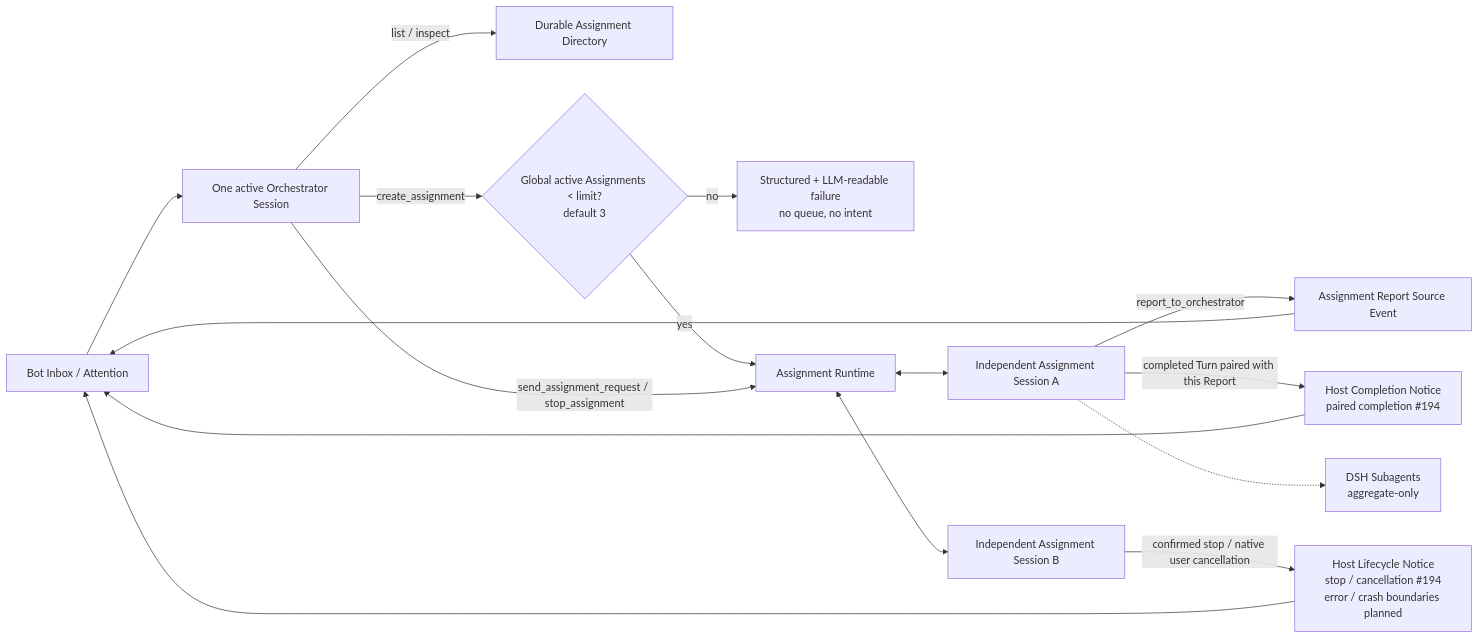
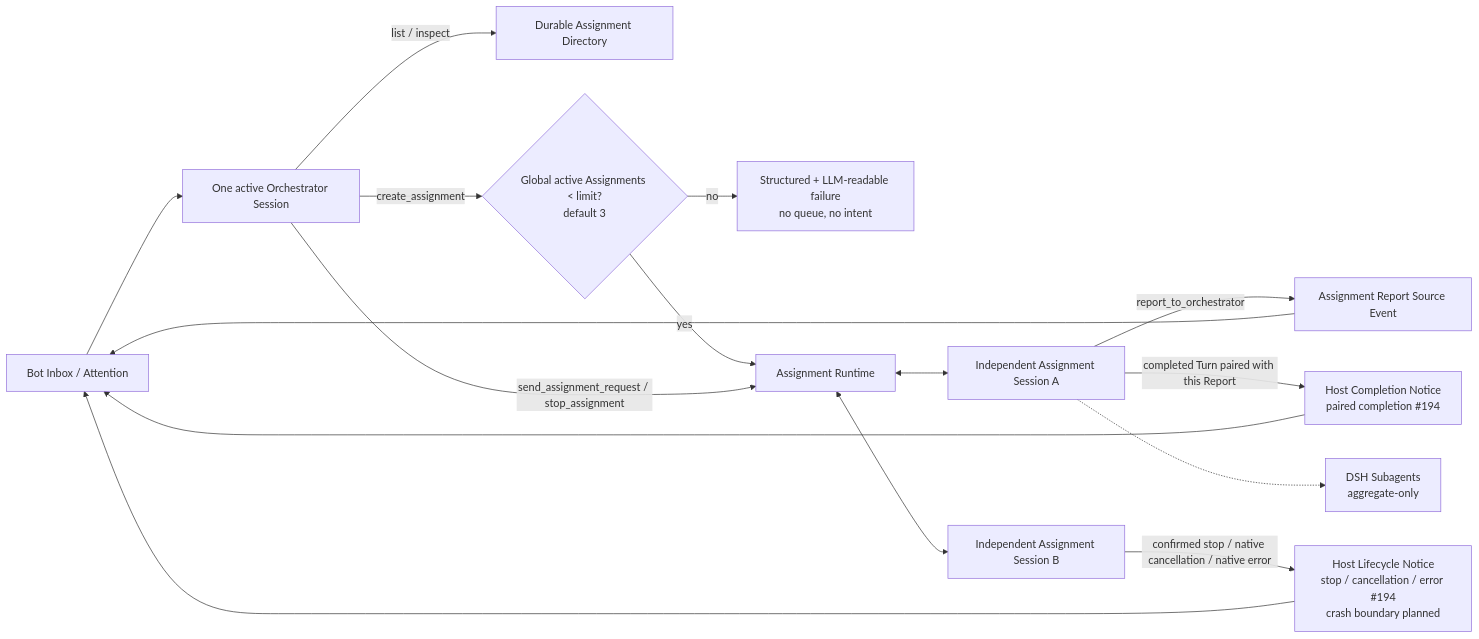
Before and after one commit to BotHarness/BotHarness: the fifth of 7 diagrams in docs/architecture/botharness-architecture.en.md, drawn with Mermaid. The commit also changed other lines of this file and 20 other files, not shown here.

````diff
--- a/docs/architecture/botharness-architecture.en.md
+++ b/docs/architecture/botharness-architecture.en.md
@@ -348,18 +348,18 @@
 ```mermaid
 flowchart LR
   Inbox["Bot Inbox / Attention"] --> O["One active Orchestrator Session"]
   O -->|"list / inspect"| Dir["Durable Assignment Directory"]
   O -->|"create_assignment"| Gate{"Global active Assignments < limit?<br/>default 3"}
   Gate -- "no" --> Error["Structured + LLM-readable failure<br/>no queue, no intent"]
   Gate -- "yes" --> Runtime["Assignment Runtime"]
   O -->|"send_assignment_request / stop_assignment"| Runtime
   Runtime <--> W1["Independent Assignment Session A"]
   Runtime <--> W2["Independent Assignment Session B"]
   W1 -->|"report_to_orchestrator"| Report["Assignment Report Source Event"]
   W1 -->|"completed Turn paired with this Report"| Completion["Host Completion Notice<br/>paired completion #194"]
-  W2 -->|"confirmed stop / native user cancellation"| Notice["Host Lifecycle Notice<br/>stop / cancellation #194<br/>error / crash boundaries planned"]
+  W2 -->|"confirmed stop / native cancellation / native error"| Notice["Host Lifecycle Notice<br/>stop / cancellation / error #194<br/>crash boundary planned"]
   Report --> Inbox
   Completion --> Inbox
   Notice --> Inbox
   W1 -.-> Sub["DSH Subagents<br/>aggregate-only"]
 ```
````
